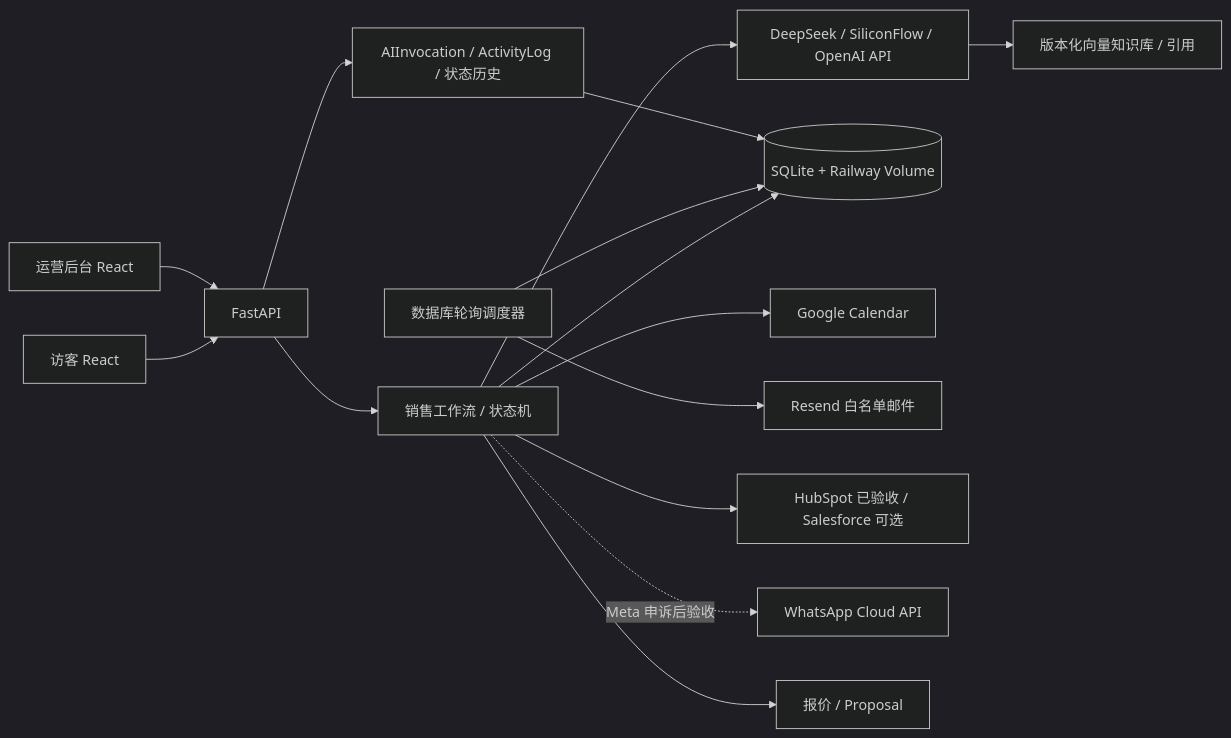
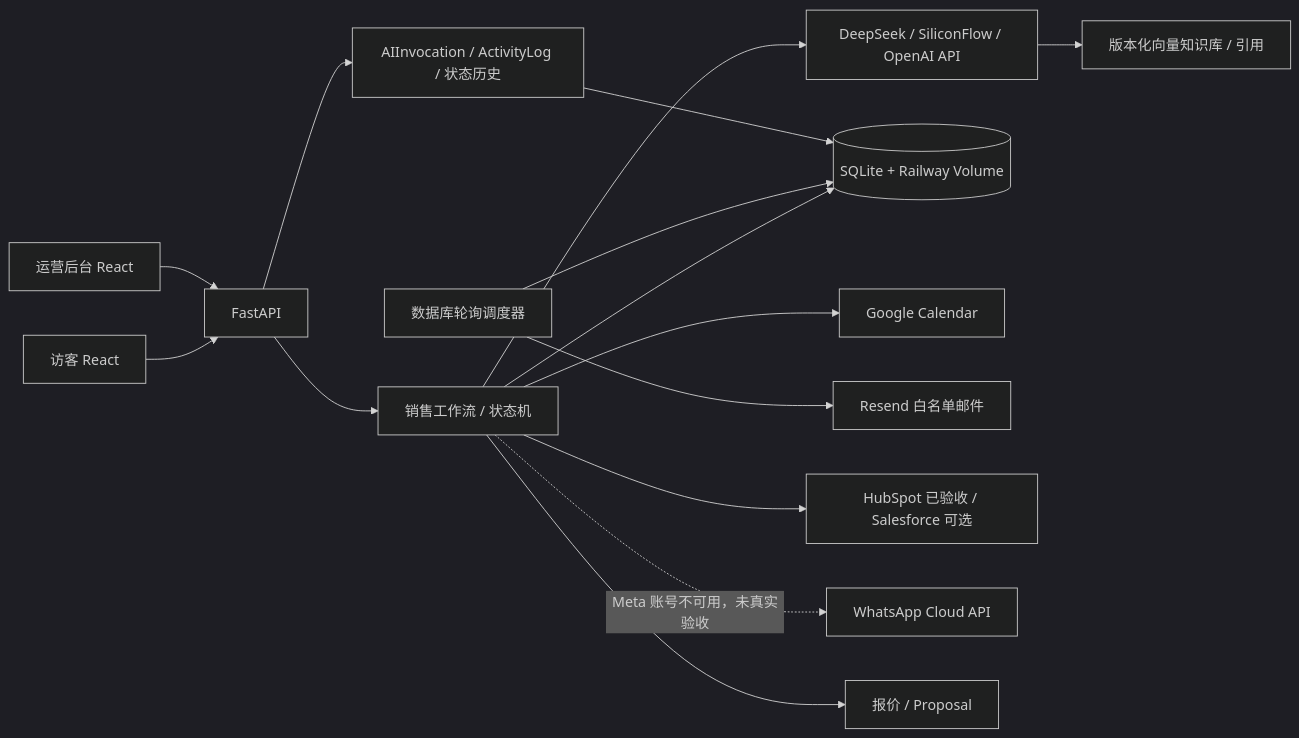
The diagram in README.md (wuyuhang0519-cyber/julu-ai-sales-assistant), drawn with Mermaid (dark theme) before and after one commit. The commit also changed other lines of this file and 5 other files, not shown here.

````diff
--- a/README.md
+++ b/README.md
@@ -61,17 +61,17 @@
 ```mermaid
 flowchart LR
   V[访客 React] --> API[FastAPI]
   O[运营后台 React] --> API
   API --> WF[销售工作流 / 状态机]
   WF --> AI[DeepSeek / SiliconFlow / OpenAI API]
   AI --> KB[版本化向量知识库 / 引用]
   WF --> DB[(SQLite + Railway Volume)]
   WF --> CAL[Google Calendar]
   SCH[数据库轮询调度器] --> DB
   SCH --> MAIL[Resend 白名单邮件]
   WF --> CRM[HubSpot 已验收 / Salesforce 可选]
-  WF -. Meta 申诉后验收 .-> WA[WhatsApp Cloud API]
+  WF -. Meta 账号不可用，未真实验收 .-> WA[WhatsApp Cloud API]
   WF --> DOC[报价 / Proposal]
   API --> AUDIT[AIInvocation / ActivityLog / 状态历史]
   AUDIT --> DB
 ```
````
